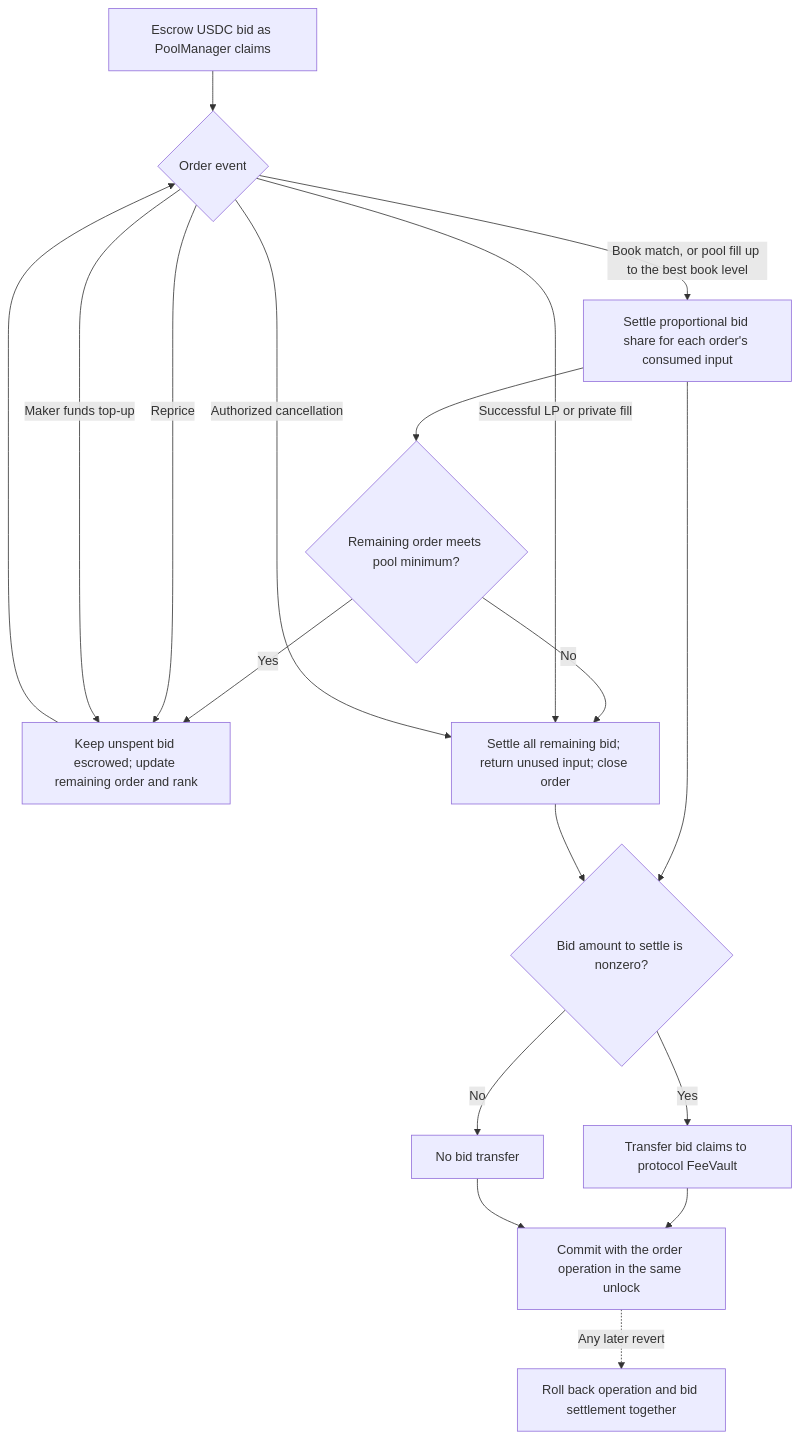
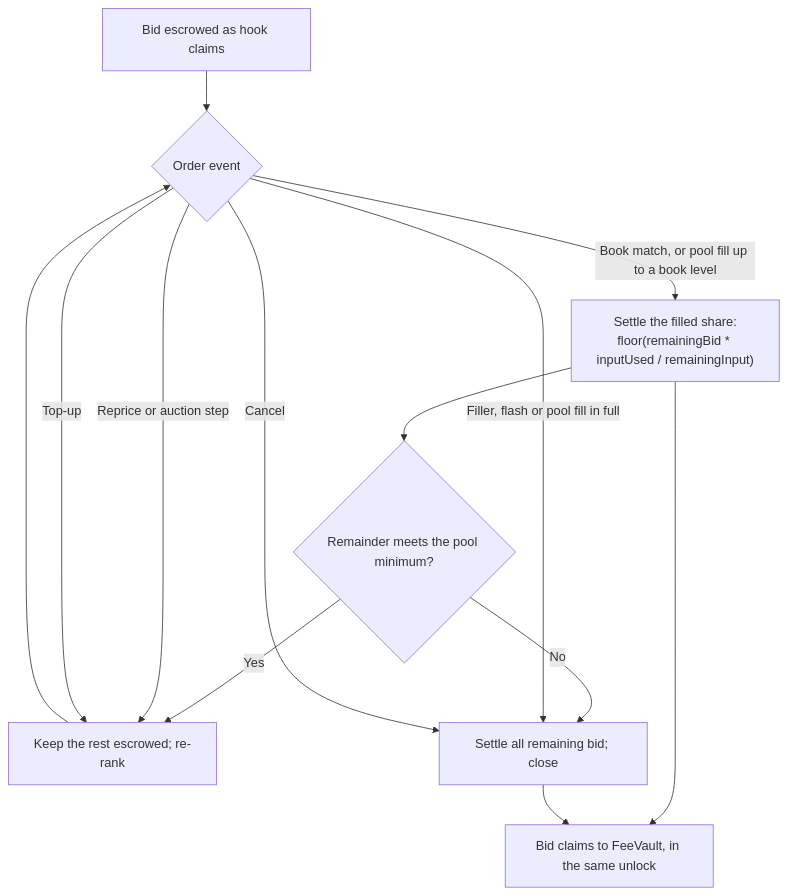
The third of 3 diagrams in docs/order-lifecycle.md (asyncswap/contracts), drawn with Mermaid before and after one commit. The commit also changed other lines of this file and 10 other files, not shown here.

````diff
--- a/docs/order-lifecycle.md
+++ b/docs/order-lifecycle.md
@@ -68,20 +96,15 @@
 ```mermaid
 flowchart TD
-    A["Escrow USDC bid as PoolManager claims"] --> B{"Order event"}
-    B -- "Book match, or pool fill up to the best book level" --> C["Settle proportional bid share for each order's consumed input"]
-    C --> D{"Remaining order meets pool minimum?"}
-    D -- "Yes" --> E["Keep unspent bid escrowed; update remaining order and rank"]
+    A["Bid escrowed as hook claims"] --> B{"Order event"}
+    B -- "Book match, or pool fill up to a book level" --> C["Settle the filled share:<br/>floor(remainingBid * inputUsed / remainingInput)"]
+    C --> D{"Remainder meets the pool minimum?"}
+    D -- "Yes" --> E["Keep the rest escrowed; re-rank"]
     E --> B
-    D -- "No" --> F["Settle all remaining bid; return unused input; close order"]
-    B -- "Successful LP or private fill" --> F
-    B -- "Authorized cancellation" --> F
-    B -- "Reprice" --> E
-    B -- "Maker funds top-up" --> E
-    C --> G{"Bid amount to settle is nonzero?"}
-    F --> G
-    G -- "No" --> H["No bid transfer"]
-    G -- "Yes" --> K["Transfer bid claims to protocol FeeVault"]
-    K --> L["Commit with the order operation in the same unlock"]
-    H --> L
-    L -. "Any later revert" .-> M["Roll back operation and bid settlement together"]
+    D -- "No" --> F["Settle all remaining bid; close"]
+    B -- "Filler, flash or pool fill in full" --> F
+    B -- "Cancel" --> F
+    B -- "Reprice or auction step" --> E
+    B -- "Top-up" --> E
+    C --> K["Bid claims to FeeVault, in the same unlock"]
+    F --> K
 ```
````
